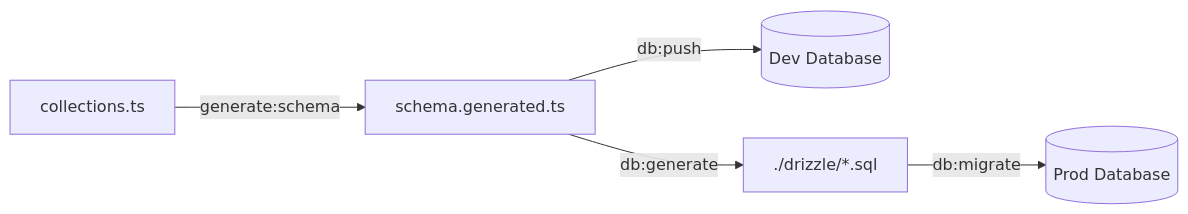
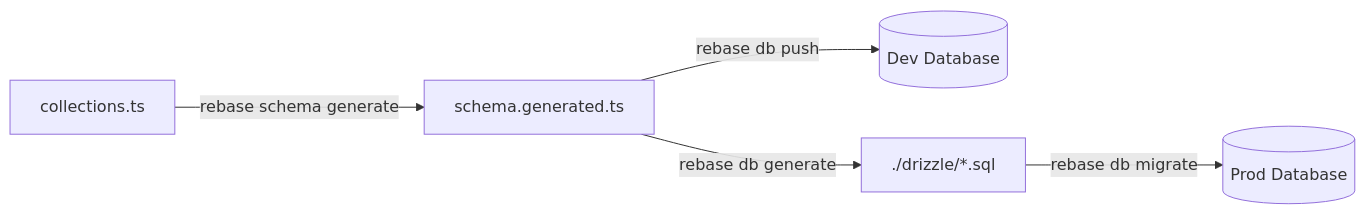
Before and after one commit to firecmsco/firecms: the diagram in .agent/workflows/schema-migration.md, drawn with Mermaid. The commit also changed other lines of this file and 50 other files, not shown here.

````diff
--- a/.agent/workflows/schema-migration.md
+++ b/.agent/workflows/schema-migration.md
@@ -16,7 +16,7 @@
 ```mermaid
 graph LR
-    A[collections.ts] -->|generate:schema| B[schema.generated.ts]
-    B -->|db:push| C[(Dev Database)]
-    B -->|db:generate| D[./drizzle/*.sql]
-    D -->|db:migrate| E[(Prod Database)]
+    A[collections.ts] -->|rebase schema generate| B[schema.generated.ts]
+    B -->|rebase db push| C[(Dev Database)]
+    B -->|rebase db generate| D[./drizzle/*.sql]
+    D -->|rebase db migrate| E[(Prod Database)]
 ```
````
